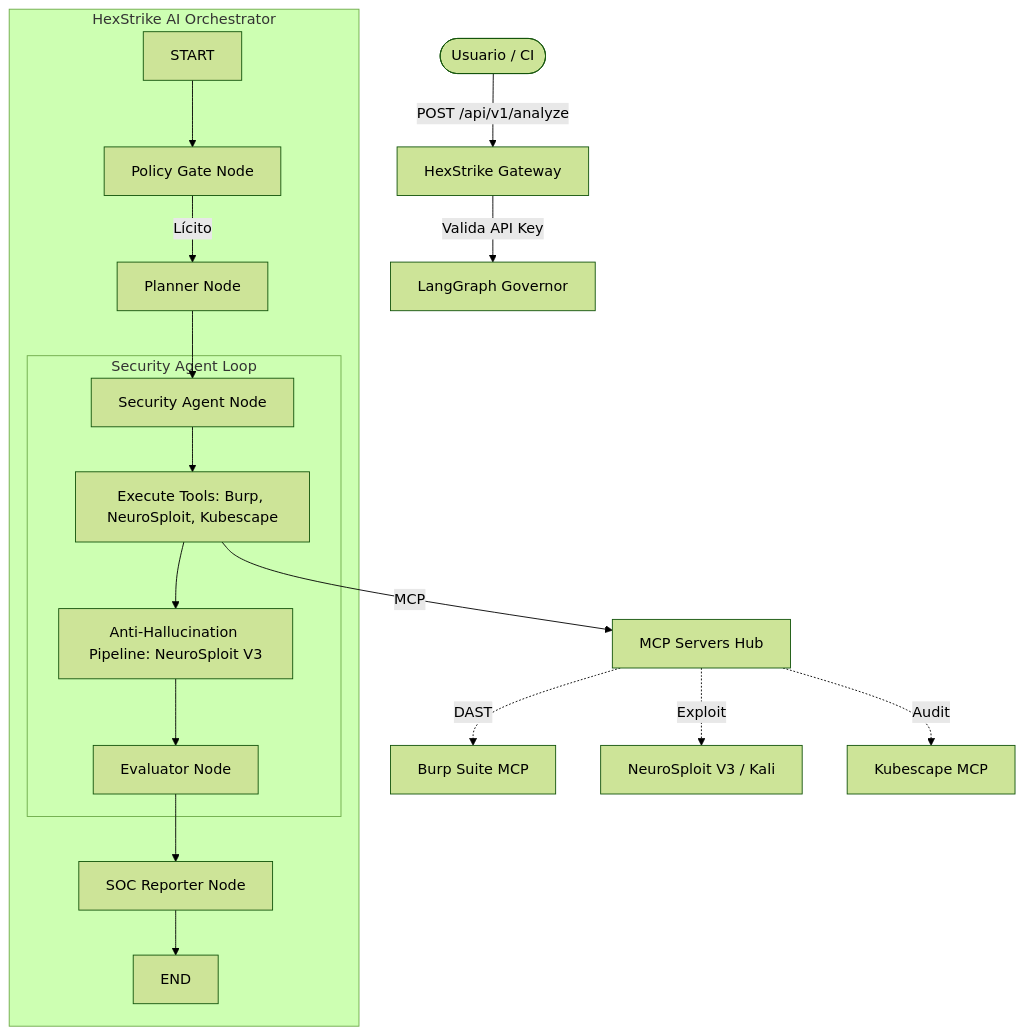
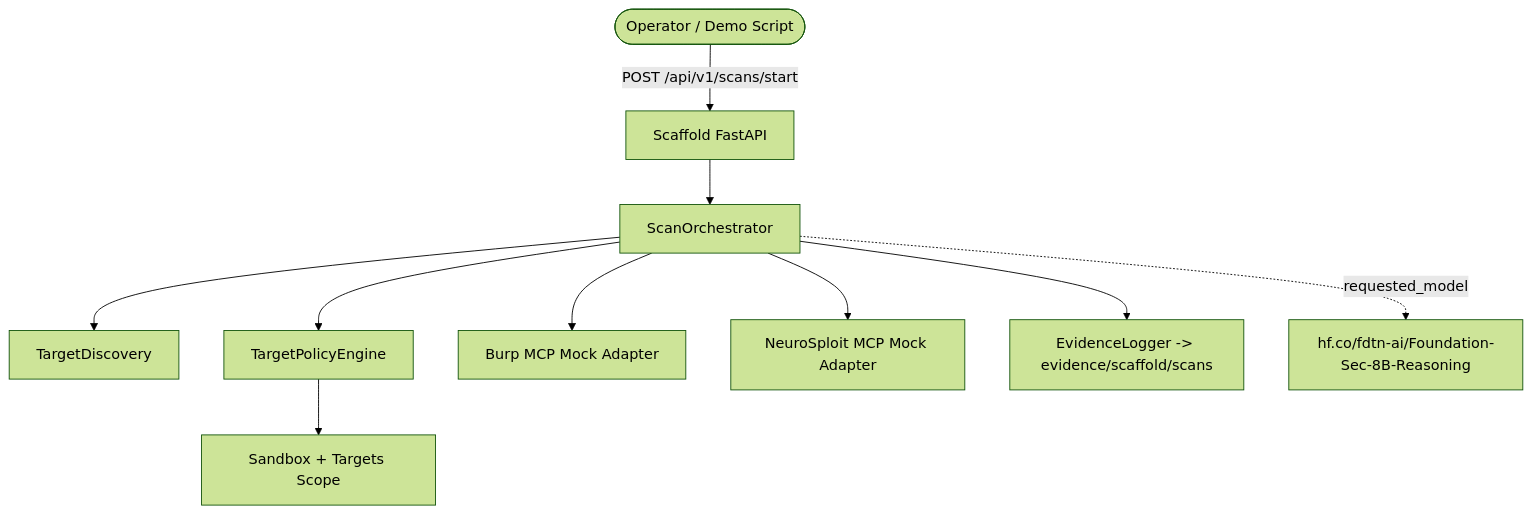
The diagram in README.md (rubences/laboratorio-controlado-de-ciberseguridad-cloud-native-con-IA), drawn with Mermaid (forest theme) before and after one commit. The commit also changed other lines of this file and 24 other files, not shown here.

First line of the commit message:
Add scaffold API, agents, guardrails, k8s manifests

````diff
--- a/README.md
+++ b/README.md
@@ -20,25 +33,12 @@
 ```mermaid
 graph TD
-    User([Usuario / CI]) -->|POST /api/v1/analyze| API[HexStrike Gateway]
-    API -->|Valida API Key| LG[LangGraph Governor]
-    
-    subgraph HexStrike AI Orchestrator
-        START --> PG[Policy Gate Node]
-        PG -- "Lícito" --> P[Planner Node]
-        P --> SA[Security Agent Node]
-        
-        subgraph Security Agent Loop
-            SA --> EXE[Execute Tools: Burp, NeuroSploit, Kubescape]
-            EXE --> AH[Anti-Hallucination Pipeline: NeuroSploit V3]
-            AH --> EVAL[Evaluator Node]
-        end
-        
-        EVAL --> SOC[SOC Reporter Node]
-        SOC --> END
-    end
-
-    EXE -->|MCP| Servers[MCP Servers Hub]
-    Servers -.->|DAST| Burp[Burp Suite MCP]
-    Servers -.->|Exploit| NS[NeuroSploit V3 / Kali]
-    Servers -.->|Audit| KS[Kubescape MCP]
+    User([Operator / Demo Script]) -->|POST /api/v1/scans/start| API[Scaffold FastAPI]
+    API --> ORCH[ScanOrchestrator]
+    ORCH --> DISC[TargetDiscovery]
+    ORCH --> POLICY[TargetPolicyEngine]
+    ORCH --> BURP[Burp MCP Mock Adapter]
+    ORCH --> NEURO[NeuroSploit MCP Mock Adapter]
+    ORCH --> EVIDENCE[EvidenceLogger -> evidence/scaffold/scans]
+    POLICY --> K8S[Sandbox + Targets Scope]
+    ORCH -. requested_model .-> LLM[hf.co/fdtn-ai/Foundation-Sec-8B-Reasoning]
 ```
````
